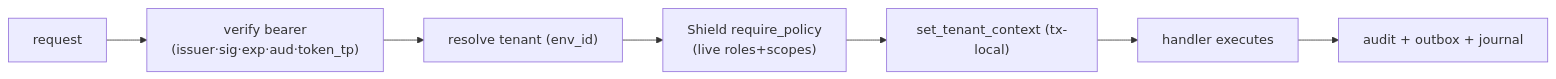
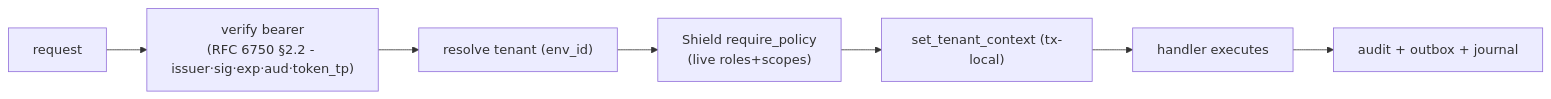
Before and after one commit to Sentin8/sentin8-site: the eighth of 19 diagrams in docs/services/auth/design.md, drawn with Mermaid. The commit also changed other lines of this file and 28 other files, not shown here.

````diff
--- a/docs/services/auth/design.md
+++ b/docs/services/auth/design.md
@@ -337,9 +356,9 @@
 ```mermaid
 graph LR
-    REQ["request"] --> V["verify bearer<br/>(issuer·sig·exp·aud·token_tp)"]
+    REQ["request"] --> V["verify bearer<br/>(RFC 6750 §2.2 - issuer·sig·exp·aud·token_tp)"]
     V --> T["resolve tenant (env_id)"]
     T --> P["Shield require_policy<br/>(live roles+scopes)"]
     P --> RLS["set_tenant_context (tx-local)"]
     RLS --> EXEC["handler executes"]
     EXEC --> AUD["audit + outbox + journal"]
 ```
````
